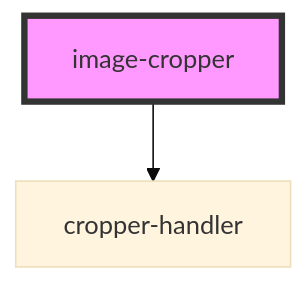
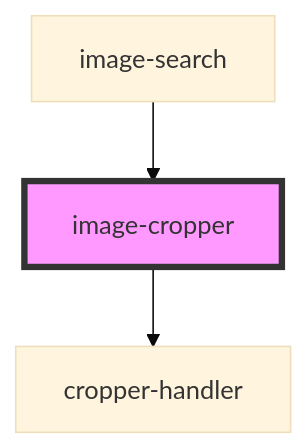
The diagram in src/components/image-search/image-cropper/readme.md (vviinn/widgets), drawn with Mermaid (base theme) before and after one commit. The commit also changed other lines of this file and 3 other files, not shown here.

````diff
--- a/src/components/image-search/image-cropper/readme.md
+++ b/src/components/image-search/image-cropper/readme.md
@@ -22,5 +39,6 @@
 ```mermaid
 graph TD;
   image-cropper --> cropper-handler
+  image-search --> image-cropper
   style image-cropper fill:#f9f,stroke:#333,stroke-width:4px
 ```
````
